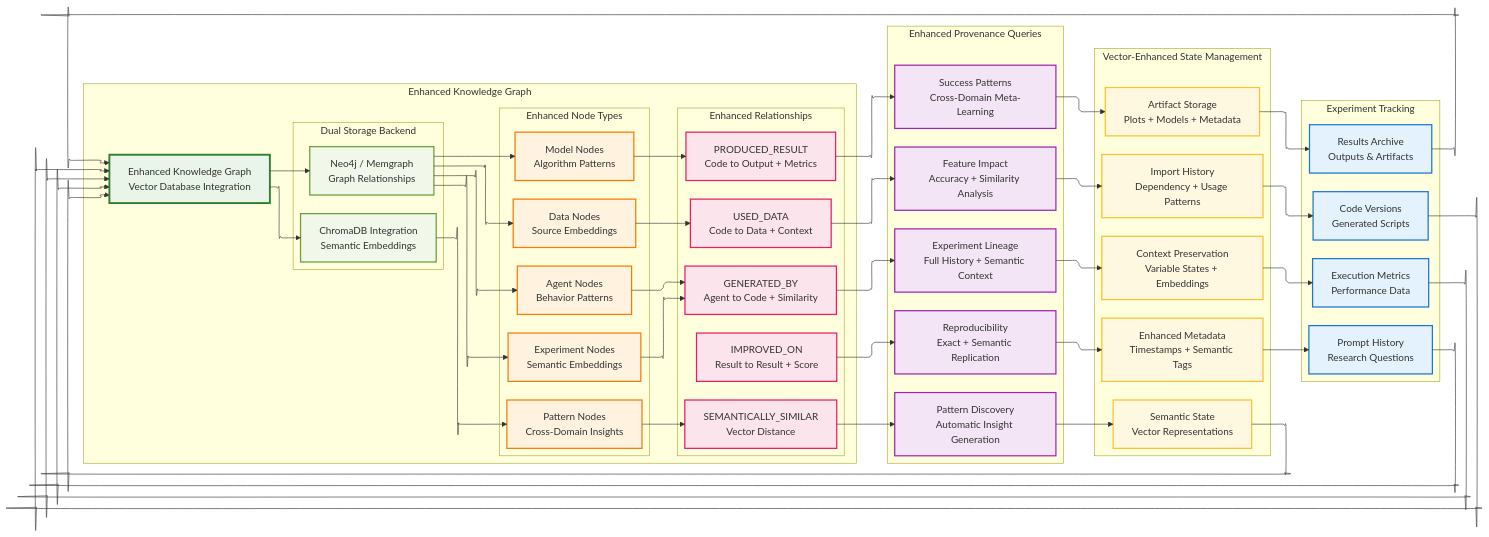
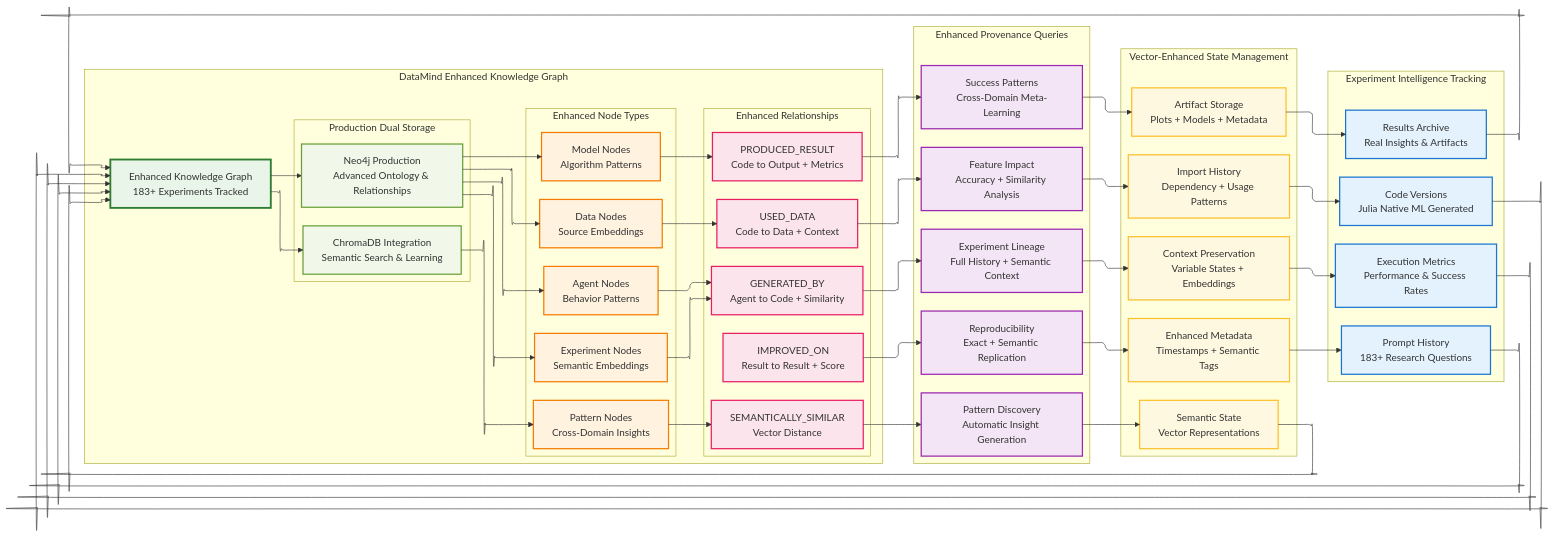
One commit to rljonesiii/datamind changed the sixth of 8 diagrams in docs/architecture_diagrams.md. Above: the diagram before and after it, drawn with Mermaid. The commit also changed other lines of this file and 119 other files, not shown here.

````diff
--- a/docs/architecture_diagrams.md
+++ b/docs/architecture_diagrams.md
@@ -547,19 +554,19 @@
 ```mermaid
 %%{init: {"flowchart": {"htmlLabels": true, "curve": "cardinal", "useMaxWidth": true}, "layout": "elk"}}%%
 graph LR
-    subgraph "Experiment Tracking"
-        PROMPT["Prompt History<br/>Research Questions"]
-        CODE["Code Versions<br/>Generated Scripts"]
-        EXEC["Execution Metrics<br/>Performance Data"]
-        RESULTS["Results Archive<br/>Outputs & Artifacts"]
+    subgraph "Experiment Intelligence Tracking"
+        PROMPT["Prompt History<br/>183+ Research Questions"]
+        CODE["Code Versions<br/>Julia Native ML Generated"]
+        EXEC["Execution Metrics<br/>Performance & Success Rates"]
+        RESULTS["Results Archive<br/>Real Insights & Artifacts"]
     end
     
-    subgraph "Enhanced Knowledge Graph"
-        EKG["Enhanced Knowledge Graph<br/>Vector Database Integration"]
+    subgraph "DataMind Enhanced Knowledge Graph"
+        EKG["Enhanced Knowledge Graph<br/>183+ Experiments Tracked"]
         
-        subgraph "Dual Storage Backend"
-            NEO4J["Neo4j / Memgraph<br/>Graph Relationships"]
-            CHROMADB_KG["ChromaDB Integration<br/>Semantic Embeddings"]
+        subgraph "Production Dual Storage"
+            NEO4J["Neo4j Production<br/>Advanced Ontology & Relationships"]
+            CHROMADB_KG["ChromaDB Integration<br/>Semantic Search & Learning"]
         end
         
         subgraph "Enhanced Node Types"
````
